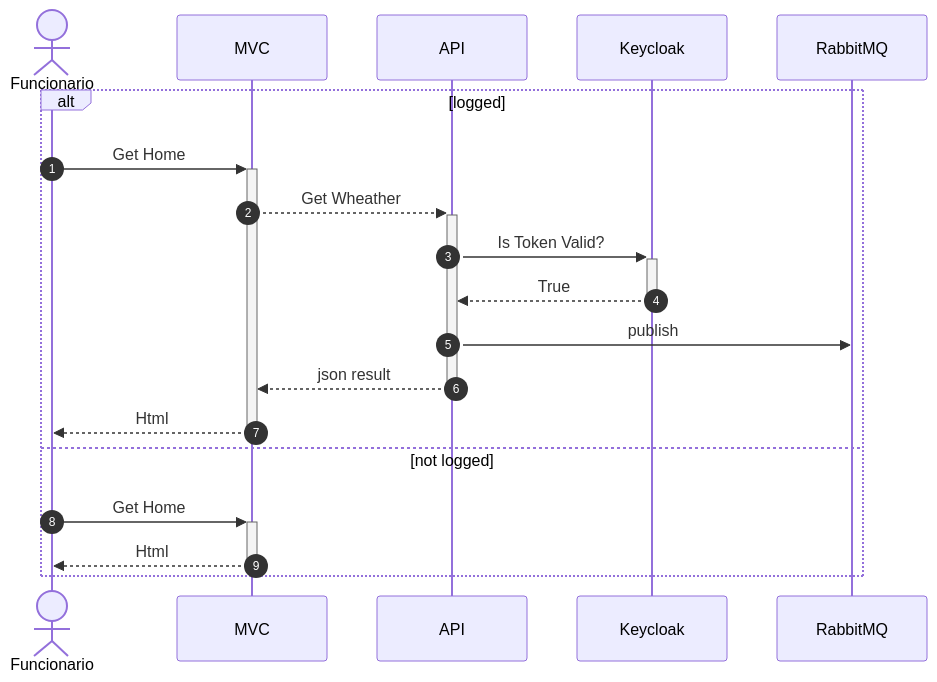
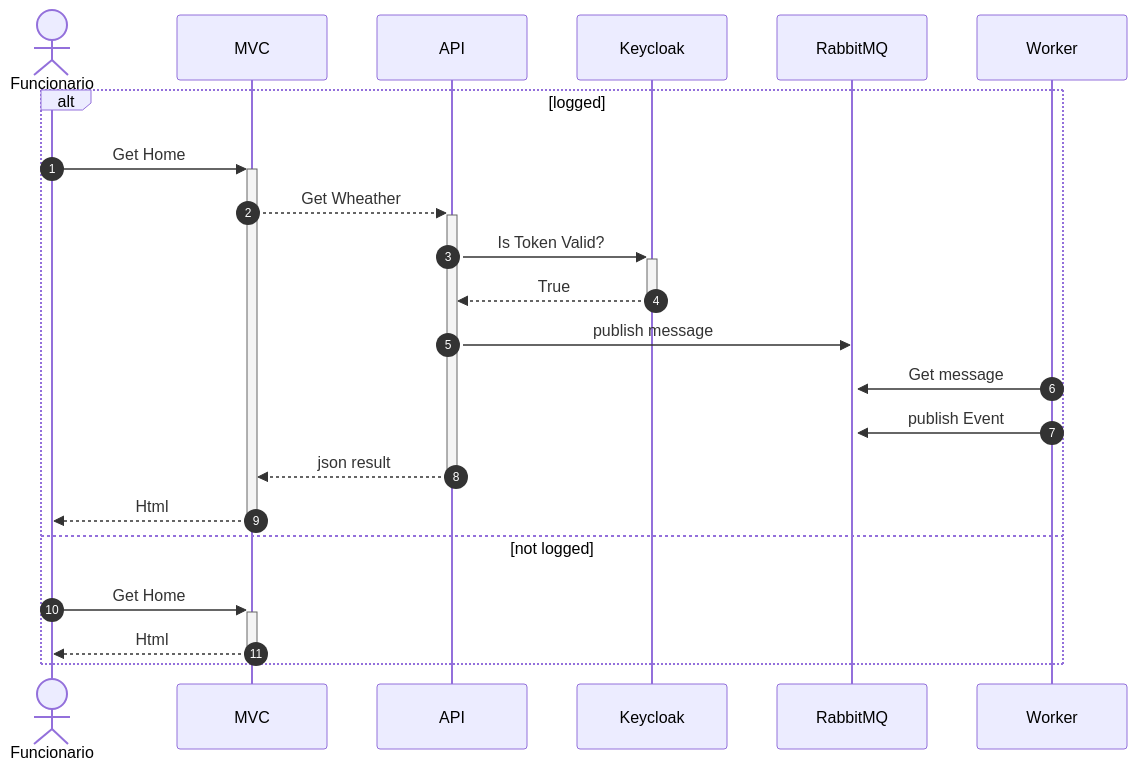
One commit to correia97/sso-arquitetura changed the first of 2 diagrams in readme.md. Above: the diagram before and after it, drawn with Mermaid. The commit also changed other lines of this file and 18 other files, not shown here.

````diff
--- a/readme.md
+++ b/readme.md
@@ -5,23 +5,26 @@
 ```mermaid
 sequenceDiagram
 	autonumber
 	actor Funcionario
 	participant MVC
 	participant API
 	participant Keycloak
 	participant RabbitMQ
+	participant Worker
 	
 	alt logged
 			Funcionario->>+MVC: Get Home  
 			MVC-->>+API: Get Wheather
 			API->>+Keycloak: Is Token Valid?
 			Keycloak-->>-API: True
-			API->>RabbitMQ: publish
+			API->>RabbitMQ: publish	message		
+			Worker->>+RabbitMQ: Get message	
+			Worker->>+RabbitMQ: publish Event
 			API-->>-MVC: json result
 			MVC-->>-Funcionario: Html 
   else not logged      
 			Funcionario->>+MVC: Get Home  
 			MVC-->>-Funcionario: Html 
 	end
 	
 ```
````
